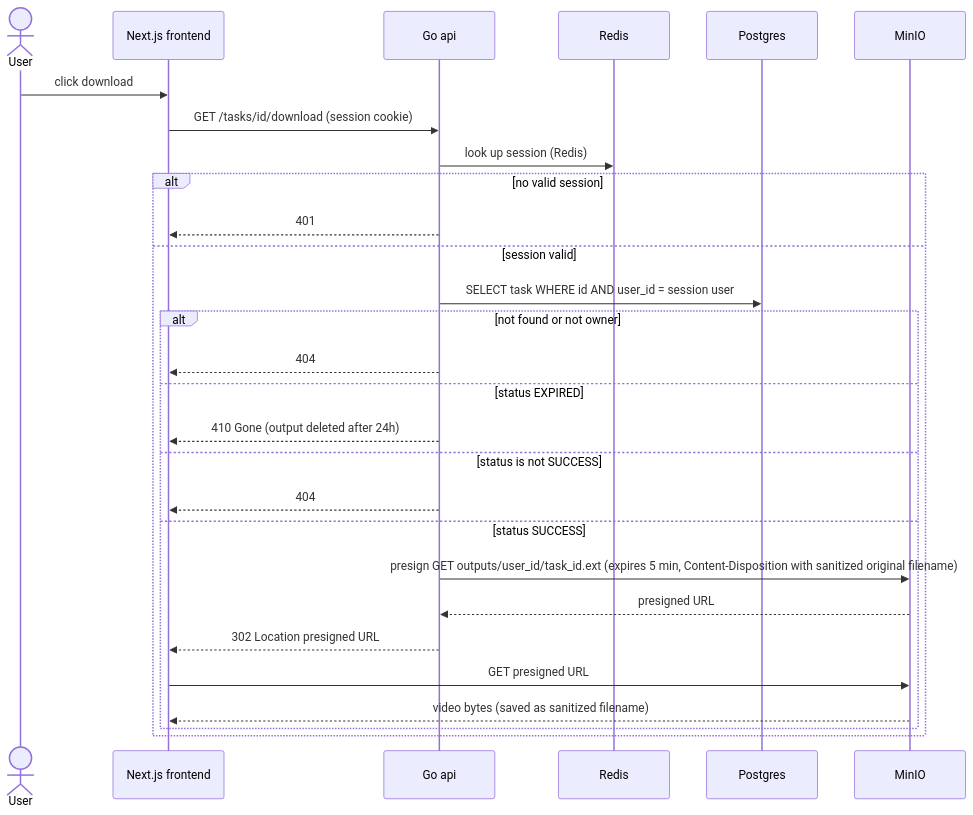
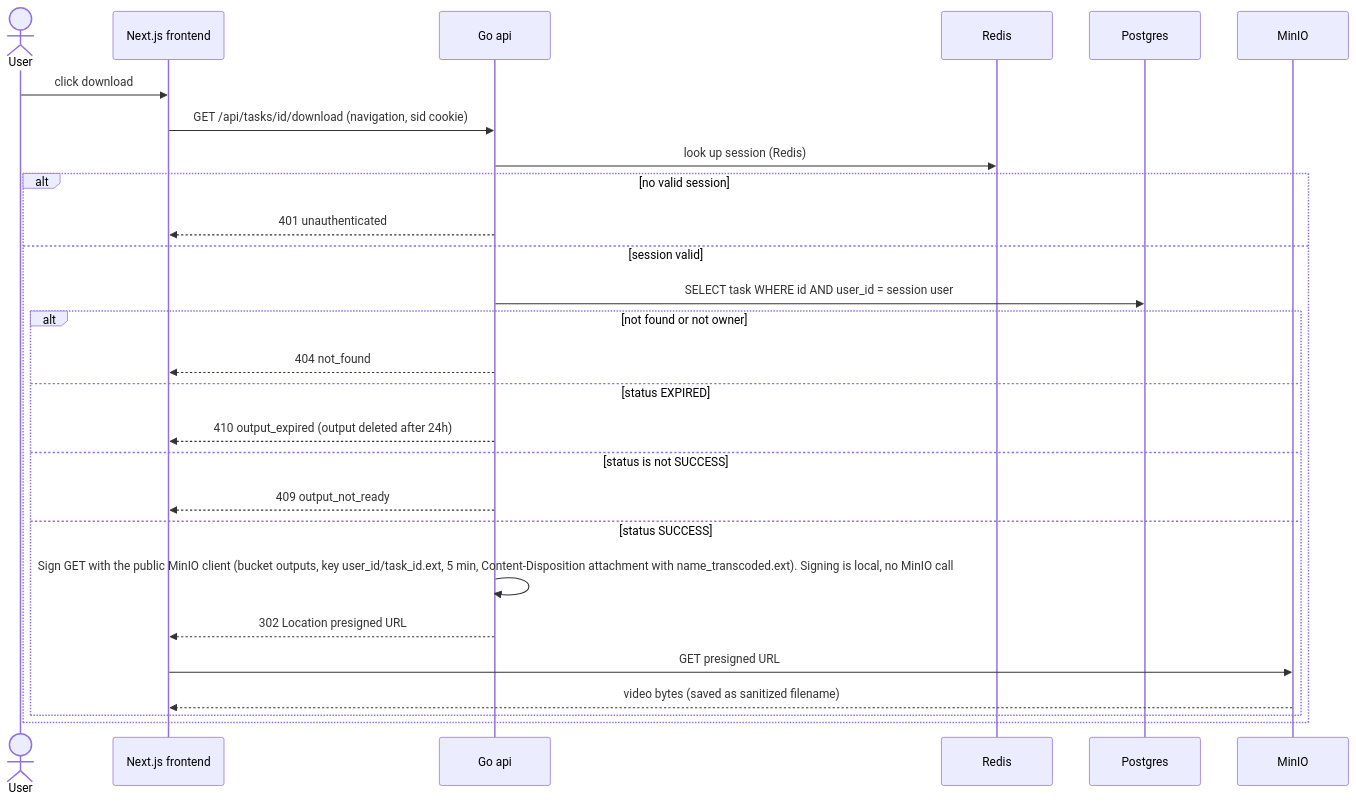
Before and after one commit to MardonBa/transcoding-job-scheduler: the diagram in docs/diagrams/sequence/10-download.md, drawn with Mermaid. The commit also changed other lines of this file and 31 other files, not shown here.

````diff
--- a/docs/diagrams/sequence/10-download.md
+++ b/docs/diagrams/sequence/10-download.md
@@ -5,31 +5,30 @@
 ```mermaid
 sequenceDiagram
     actor User
     participant Browser as Next.js frontend
     participant API as Go api
     participant RStream as Redis
     participant PG as Postgres
     participant MinIO
 
     User->>Browser: click download
-    Browser->>API: GET /tasks/id/download (session cookie)
+    Browser->>API: GET /api/tasks/id/download (navigation, sid cookie)
     API->>RStream: look up session (Redis)
     alt no valid session
-        API-->>Browser: 401
+        API-->>Browser: 401 unauthenticated
     else session valid
         API->>PG: SELECT task WHERE id AND user_id = session user
         alt not found or not owner
-            API-->>Browser: 404
+            API-->>Browser: 404 not_found
         else status EXPIRED
-            API-->>Browser: 410 Gone (output deleted after 24h)
+            API-->>Browser: 410 output_expired (output deleted after 24h)
         else status is not SUCCESS
-            API-->>Browser: 404
+            API-->>Browser: 409 output_not_ready
         else status SUCCESS
-            API->>MinIO: presign GET outputs/user_id/task_id.ext (expires 5 min, Content-Disposition with sanitized original filename)
-            MinIO-->>API: presigned URL
+            API->>API: Sign GET with the public MinIO client (bucket outputs, key user_id/task_id.ext, 5 min, Content-Disposition attachment with name_transcoded.ext). Signing is local, no MinIO call
             API-->>Browser: 302 Location presigned URL
             Browser->>MinIO: GET presigned URL
             MinIO-->>Browser: video bytes (saved as sanitized filename)
         end
     end
 ```
````
